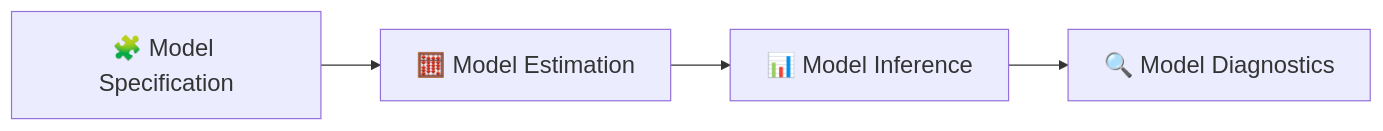
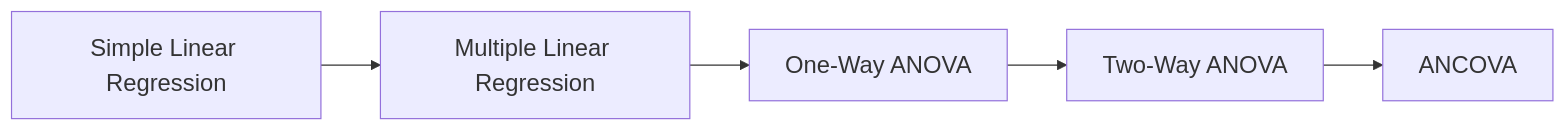
Before and after one commit to QueensleyC/stat5430project: the first of 4 diagrams in contents/linear-model-workflow.md, drawn with Mermaid. The commit also changed other lines of this file and 2 other files, not shown here.

First line of the commit message:
Include Linear Models

````diff
--- a/contents/linear-model-workflow.md
+++ b/contents/linear-model-workflow.md
@@ -16,7 +16,8 @@
 ```{mermaid}
 %%{init: {'themeVariables': { 'fontSize': '20px', 'fontFamily': 'Source Sans Pro' }}}%%
 flowchart LR
-    A[🧩 Model Specification] --> B[🧮 Model Estimation]
-    B --> C[📊 Model Inference]
-    C --> D[🔍 Model Diagnostics]
+    A[Simple Linear Regression] --> B[Multiple Linear Regression]
+    B --> C[One-Way ANOVA]
+    C --> D[Two-Way ANOVA]
+    D --> E[ANCOVA]
 ```
````
